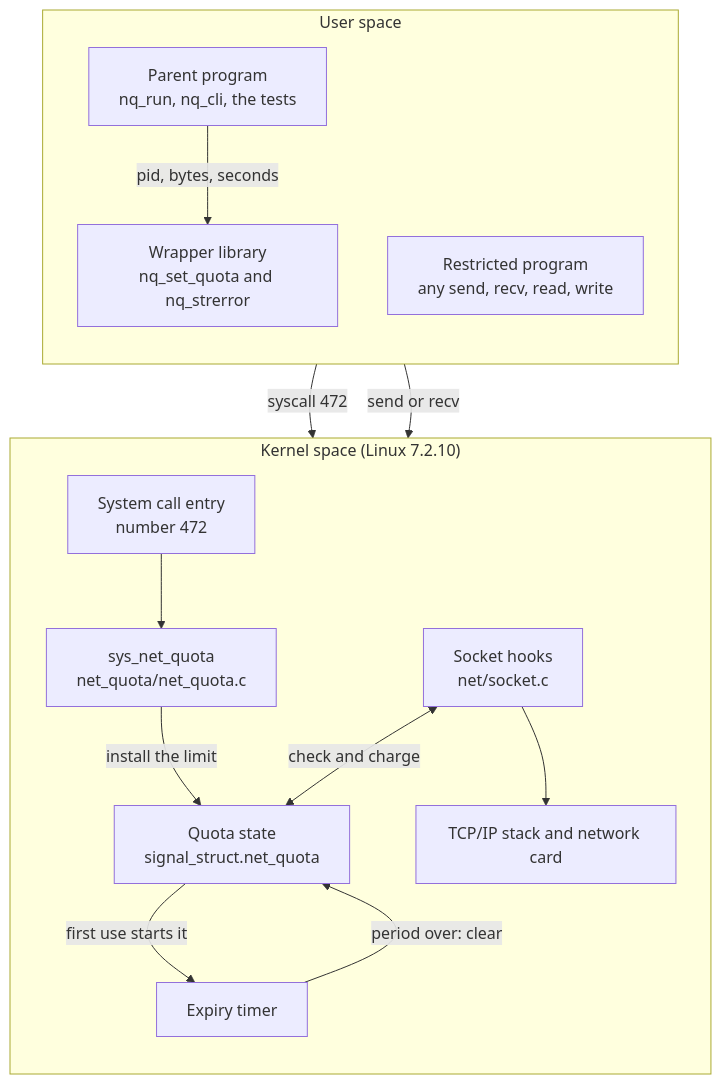
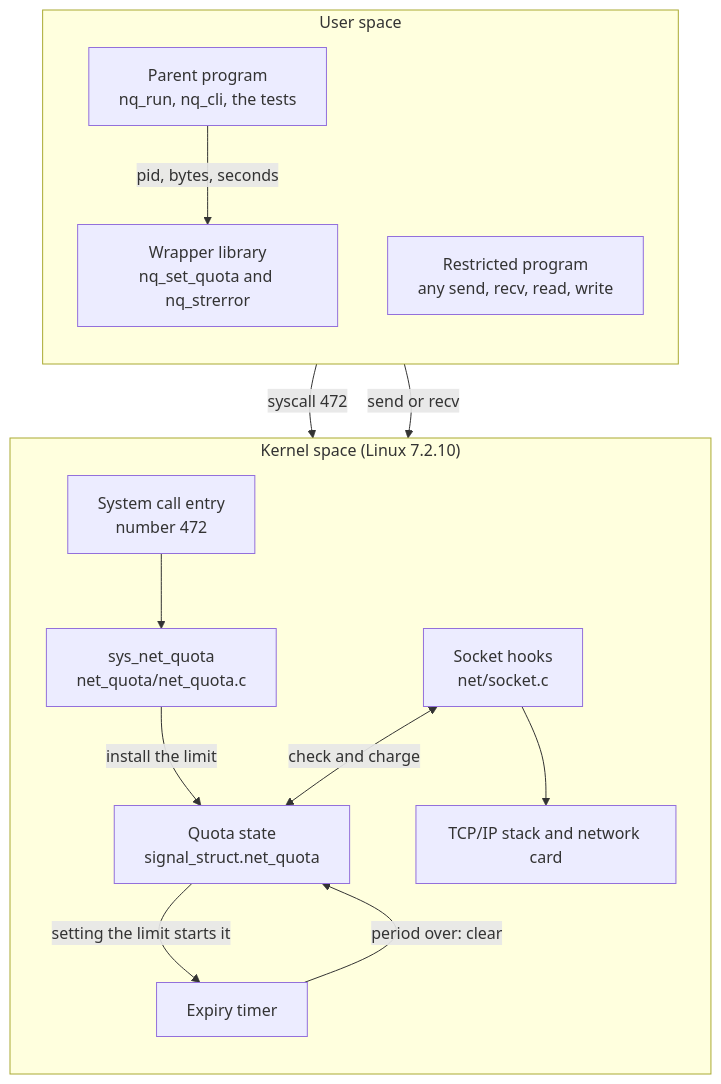
Before and after one commit to Dhruv0306/net-quota-syscall: the first of 6 diagrams in docs/how-it-works.md, drawn with Mermaid. The commit also changed other lines of this file and 3 other files, not shown here.

First line of the commit message:
docs: describe the timer starting when the limit is set

````diff
--- a/docs/how-it-works.md
+++ b/docs/how-it-works.md
@@ -22,27 +22,27 @@
 ```mermaid
 flowchart TB
   subgraph US["User space"]
     direction TB
     APP["Parent program<br/>nq_run, nq_cli, the tests"]
     LIB["Wrapper library<br/>nq_set_quota and nq_strerror"]
     TARGET["Restricted program<br/>any send, recv, read, write"]
   end
   subgraph KS["Kernel space (Linux 7.2.10)"]
     direction TB
     ENTRY["System call entry<br/>number 472"]
     SYS["sys_net_quota<br/>net_quota/net_quota.c"]
     STATE["Quota state<br/>signal_struct.net_quota"]
     HOOK["Socket hooks<br/>net/socket.c"]
     TIMER["Expiry timer"]
     NET["TCP/IP stack and network card"]
   end
   APP -->|"pid, bytes, seconds"| LIB
   LIB -->|"syscall 472"| ENTRY
   ENTRY --> SYS
   SYS -->|"install the limit"| STATE
   TARGET -->|"send or recv"| HOOK
   HOOK <-->|"check and charge"| STATE
   HOOK --> NET
-  STATE -->|"first use starts it"| TIMER
+  STATE -->|"setting the limit starts it"| TIMER
   TIMER -->|"period over: clear"| STATE
 ```
````
